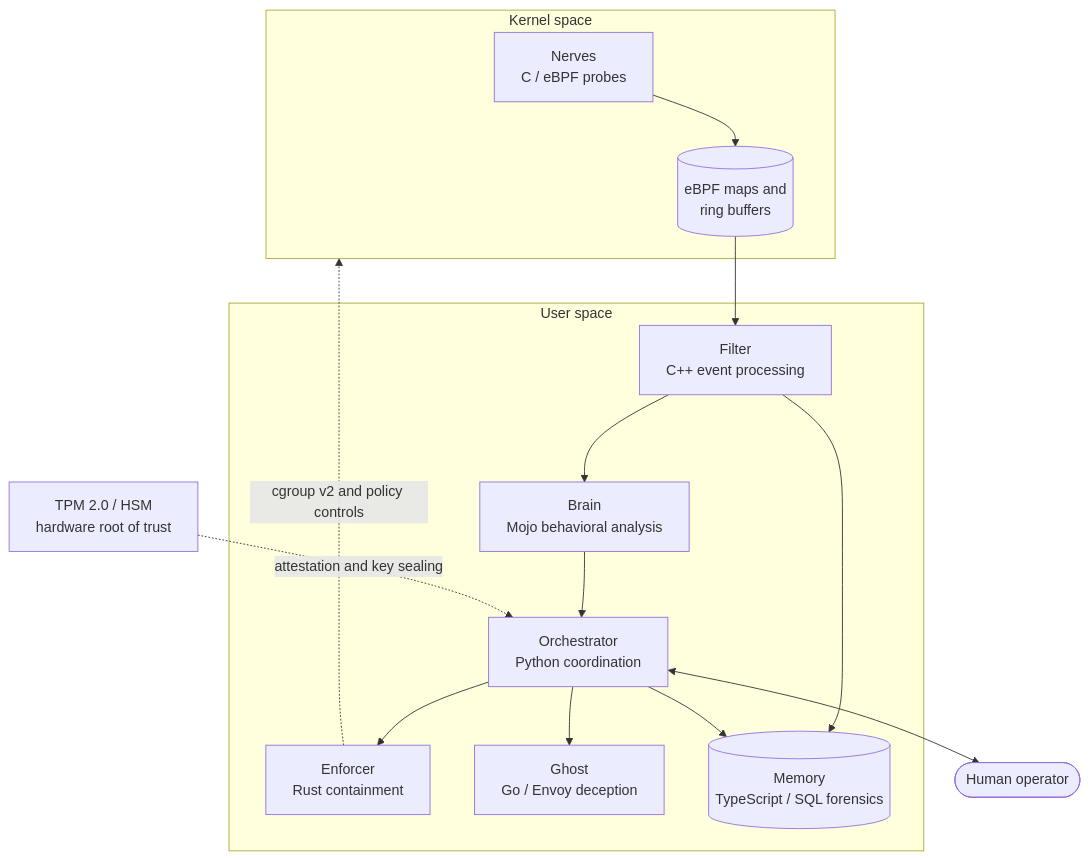
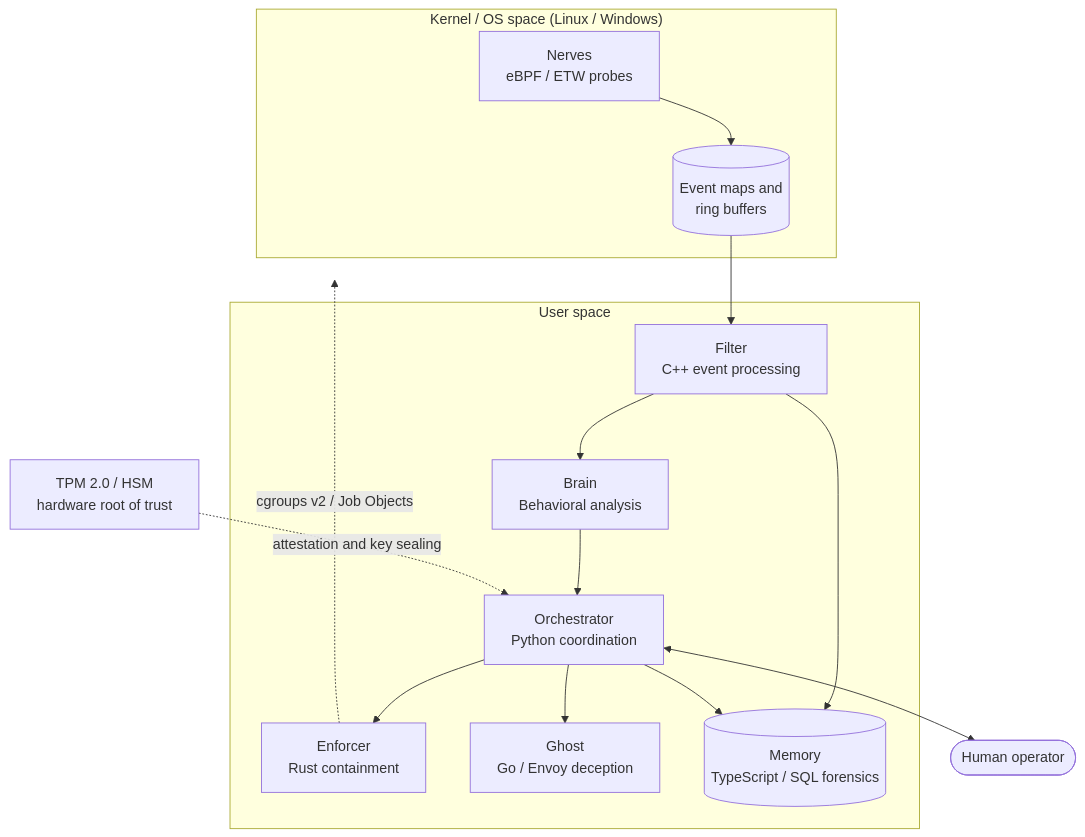
Before and after one commit to kauand3v/Amphi: the first of 2 diagrams in README.md, drawn with Mermaid. The commit also changed other lines of this file, not shown here.

````diff
--- a/README.md
+++ b/README.md
@@ -143,31 +143,31 @@
 ```mermaid
 flowchart TB
-    subgraph KS["Kernel space"]
-        N["Nerves<br/>C / eBPF probes"]
-        RB[("eBPF maps and<br/>ring buffers")]
+    subgraph KS["Kernel / OS space (Linux / Windows)"]
+        N["Nerves<br/>eBPF / ETW probes"]
+        RB[("Event maps and<br/>ring buffers")]
     end
 
     subgraph US["User space"]
         F["Filter<br/>C++ event processing"]
-        B["Brain<br/>Mojo behavioral analysis"]
+        B["Brain<br/>Behavioral analysis"]
         O["Orchestrator<br/>Python coordination"]
         E["Enforcer<br/>Rust containment"]
         G["Ghost<br/>Go / Envoy deception"]
         M[("Memory<br/>TypeScript / SQL forensics")]
     end
 
     H(["Human operator"])
     T["TPM 2.0 / HSM<br/>hardware root of trust"]
 
     N --> RB
     RB --> F
     F --> B
     F --> M
     B --> O
     O --> E
     O --> G
     O --> M
     O <--> H
-    E -. "cgroup v2 and policy controls" .-> KS
+    E -. "cgroups v2 / Job Objects" .-> KS
     T -. "attestation and key sealing" .-> O
 ```
````
